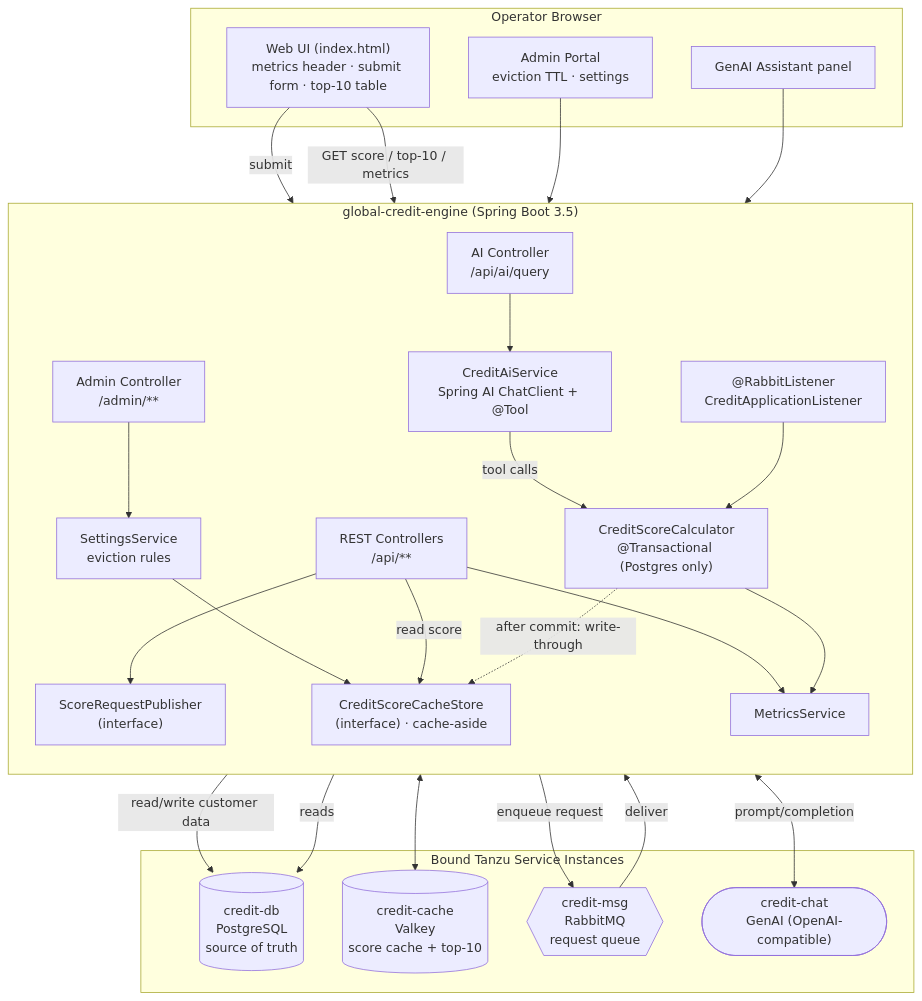
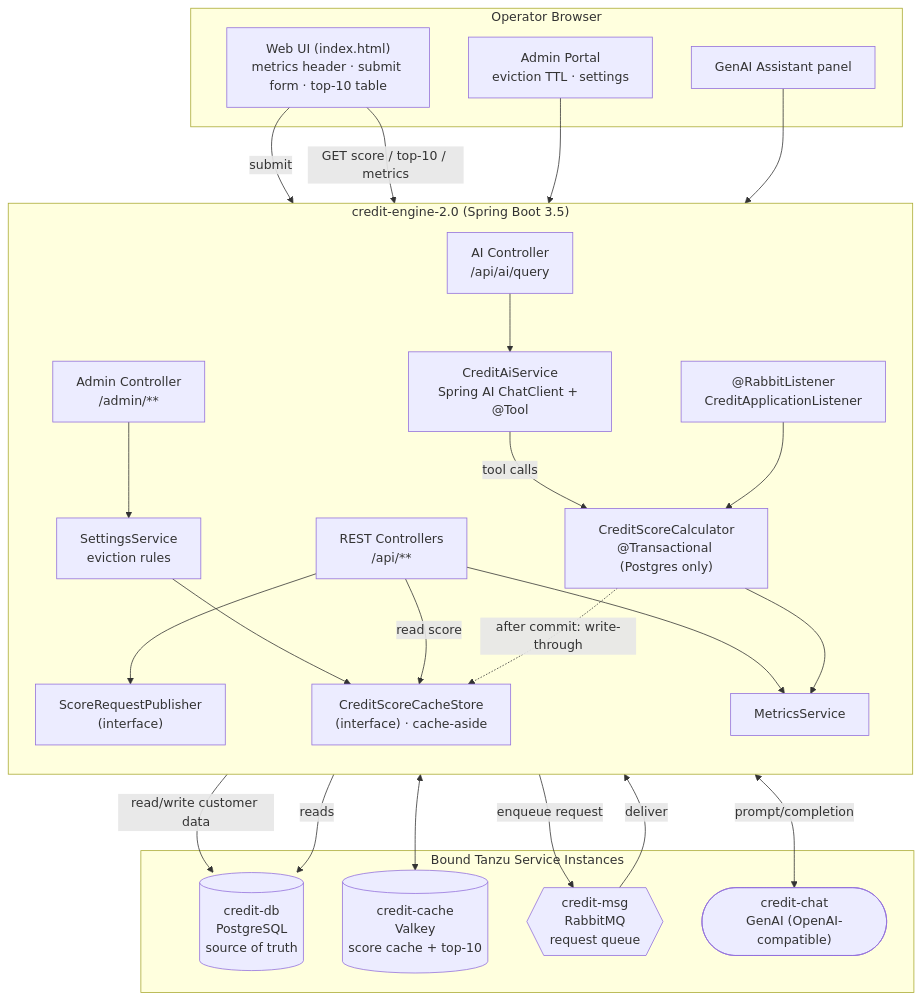
Before and after one commit to pvladMQ/credit-engine-2.0: the first of 3 diagrams in README.md, drawn with Mermaid. The commit also changed other lines of this file and 5 other files, not shown here.

First line of the commit message:
Rename app to credit-engine-2.0 and fix Cloud Foundry startup crash

````diff
--- a/README.md
+++ b/README.md
@@ -32,53 +32,53 @@
 ```mermaid
 flowchart TD
     subgraph Browser["Operator Browser"]
         UI["Web UI (index.html)<br/>metrics header · submit form · top-10 table"]
         ADMIN["Admin Portal<br/>eviction TTL · settings"]
         CHAT["GenAI Assistant panel"]
     end
 
-    subgraph App["global-credit-engine (Spring Boot 3.5)"]
+    subgraph App["credit-engine-2.0 (Spring Boot 3.5)"]
         direction TB
         CTRL["REST Controllers<br/>/api/**"]
         ADMINCTRL["Admin Controller<br/>/admin/**"]
         AICTRL["AI Controller<br/>/api/ai/query"]
         PUB["ScoreRequestPublisher<br/>(interface)"]
         LST["@RabbitListener<br/>CreditApplicationListener"]
         CALC["CreditScoreCalculator<br/>@Transactional (Postgres only)"]
         CACHE["CreditScoreCacheStore<br/>(interface) · cache-aside"]
         AISVC["CreditAiService<br/>Spring AI ChatClient + @Tool"]
         SET["SettingsService<br/>eviction rules"]
         MET["MetricsService"]
     end
 
     subgraph Services["Bound Tanzu Service Instances"]
         PG[("credit-db<br/>PostgreSQL<br/>source of truth")]
         VK[("credit-cache<br/>Valkey<br/>score cache + top-10")]
         MQ{{"credit-msg<br/>RabbitMQ<br/>request queue"}}
         AI(["credit-chat<br/>GenAI (OpenAI-compatible)"])
     end
 
     UI -->|submit| CTRL
     UI -->|GET score / top-10 / metrics| CTRL
     ADMIN --> ADMINCTRL
     CHAT --> AICTRL
 
     CTRL --> PUB
     PUB -->|enqueue request| MQ
     MQ -->|deliver| LST
     LST --> CALC
     CALC -->|read/write customer data| PG
     CALC -.->|after commit: write-through| CACHE
     CACHE <--> VK
 
     CTRL -->|read score| CACHE
     AICTRL --> AISVC
     AISVC -->|tool calls| CALC
     AISVC -->|reads| PG
     AISVC <-->|prompt/completion| AI
 
     ADMINCTRL --> SET
     SET --> CACHE
     CALC --> MET
     CTRL --> MET
 ```
````
